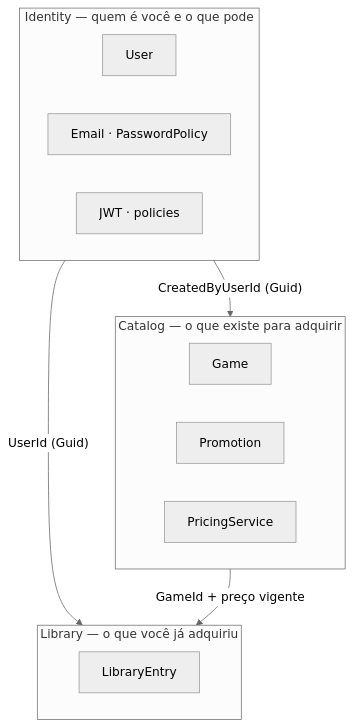
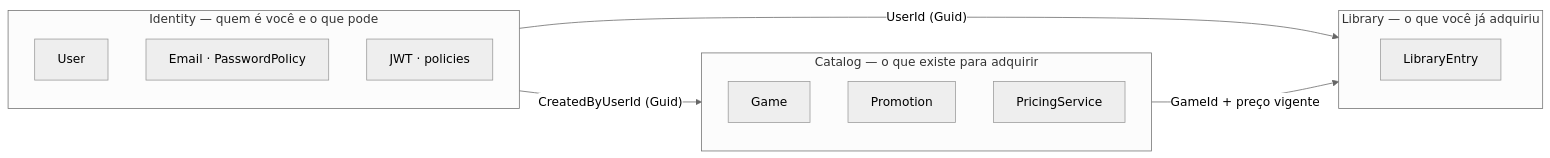
Before and after one commit to Gabriel-Silva-7/FCG: the diagram in docs/ddd/04-mapa-de-contexto.md, drawn with Mermaid (neutral theme). The commit also changed other lines of this file and 9 other files, not shown here.

Commit message:
docs(ddd): align diagrams and version visual exports

````diff
--- a/docs/ddd/04-mapa-de-contexto.md
+++ b/docs/ddd/04-mapa-de-contexto.md
@@ -6,22 +7,22 @@
 ```mermaid
-flowchart TB
+flowchart LR
     subgraph Identity["Identity — quem é você e o que pode"]
         I1[User]
         I2[Email · PasswordPolicy]
         I3[JWT · policies]
     end
 
     subgraph Catalog["Catalog — o que existe para adquirir"]
         C1[Game]
         C2[Promotion]
         C3[PricingService]
     end
 
     subgraph Library["Library — o que você já adquiriu"]
         L1[LibraryEntry]
     end
 
     Identity -->|"UserId (Guid)"| Library
     Catalog -->|"GameId + preço vigente"| Library
     Identity -->|"CreatedByUserId (Guid)"| Catalog
 ```
````
